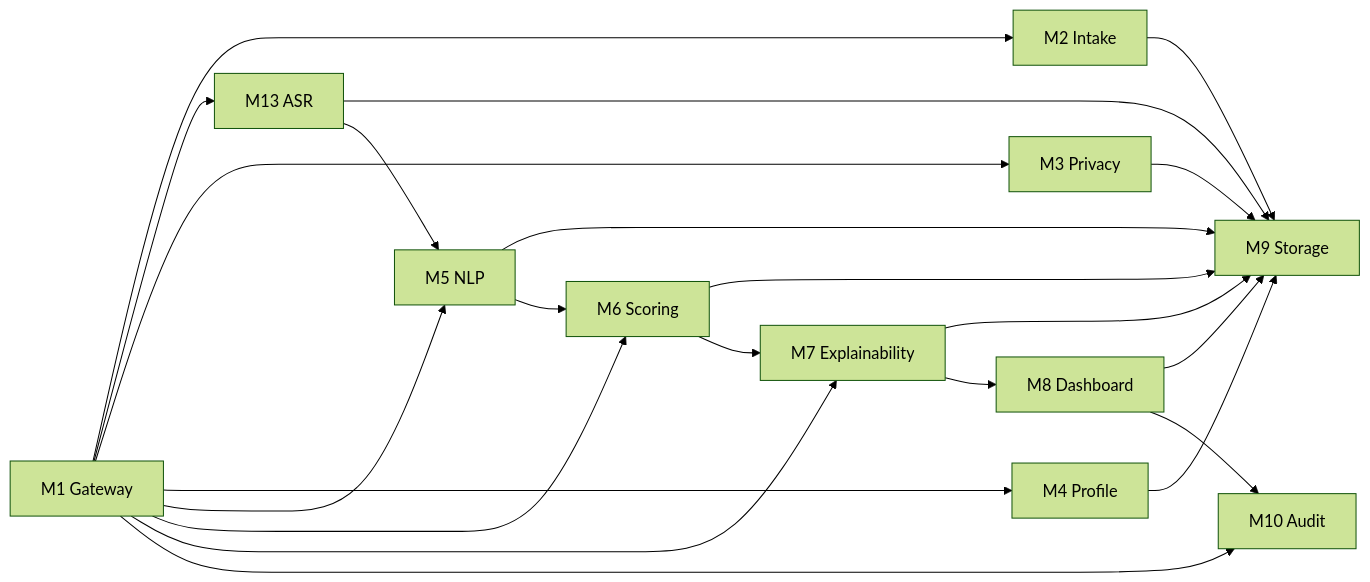
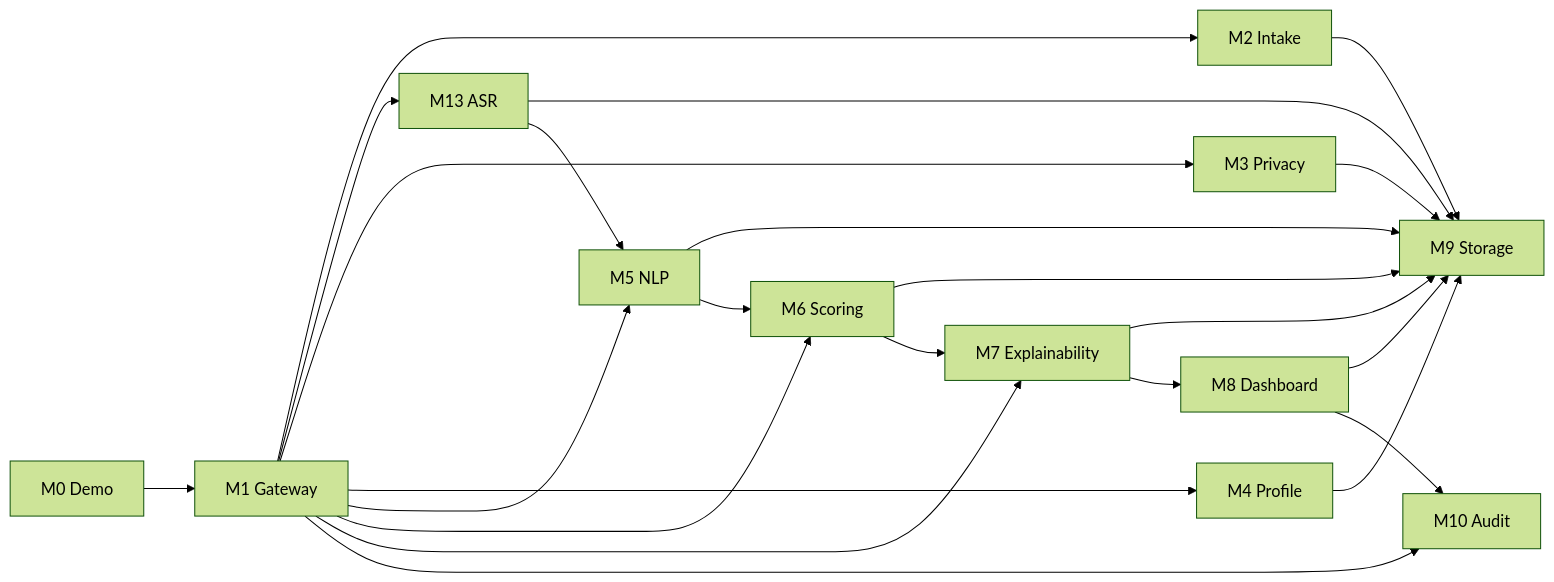
One commit to alenisaw/invision_u_Vi-Ka changed the diagram in docs/eng/MODULES.md. Above: the diagram before and after it, drawn with Mermaid (forest theme). The commit also changed other lines of this file and 33 other files, not shown here.

````diff
--- a/docs/eng/MODULES.md
+++ b/docs/eng/MODULES.md
@@ -31,36 +32,38 @@
 ```mermaid
 flowchart LR
+    M0["M0 Demo"]
     M1["M1 Gateway"]
     M2["M2 Intake"]
     M13["M13 ASR"]
     M3["M3 Privacy"]
     M4["M4 Profile"]
     M5["M5 NLP"]
     M6["M6 Scoring"]
     M7["M7 Explainability"]
     M8["M8 Dashboard"]
     M9["M9 Storage"]
     M10["M10 Audit"]
 
+    M0 --> M1
     M1 --> M2
     M1 --> M13
     M1 --> M3
     M1 --> M4
     M1 --> M5
     M1 --> M6
     M1 --> M7
     M1 --> M10
     M2 --> M9
     M3 --> M9
     M4 --> M9
     M5 --> M9
     M6 --> M9
     M7 --> M9
     M8 --> M9
     M13 --> M9
     M13 --> M5
     M5 --> M6
     M6 --> M7
     M7 --> M8
     M8 --> M10
 ```
````
